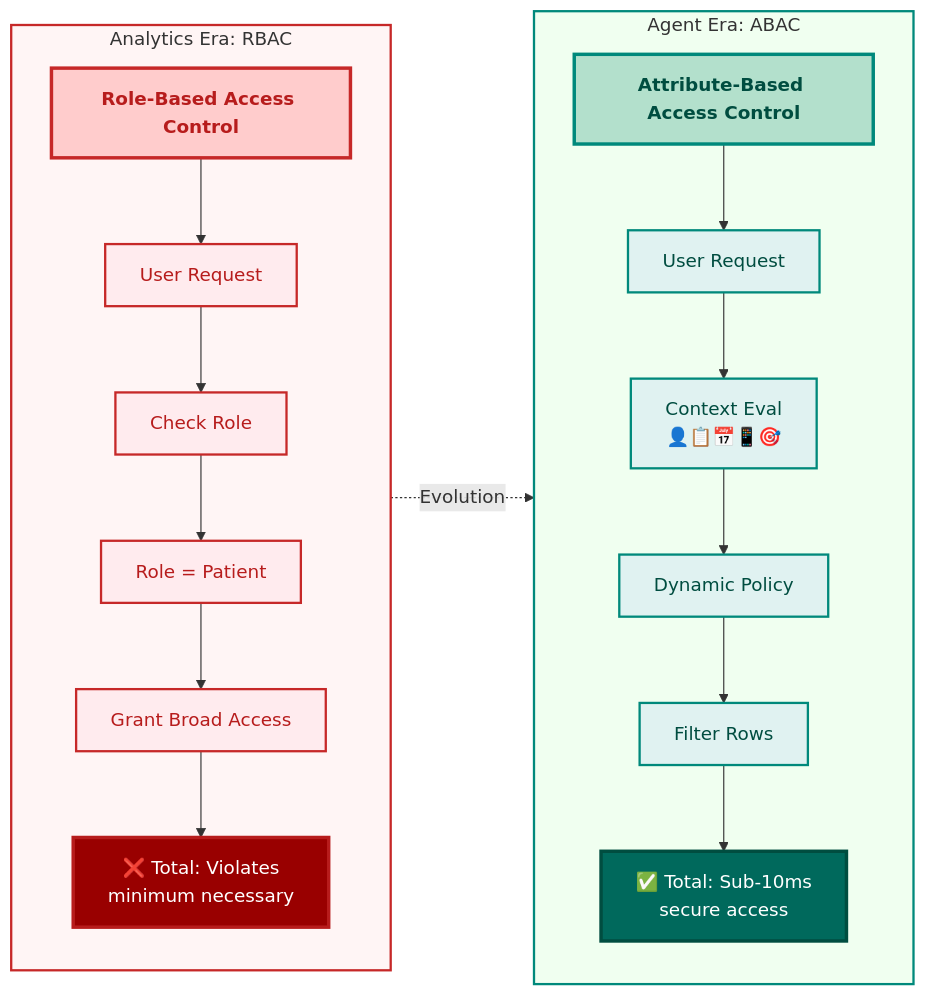
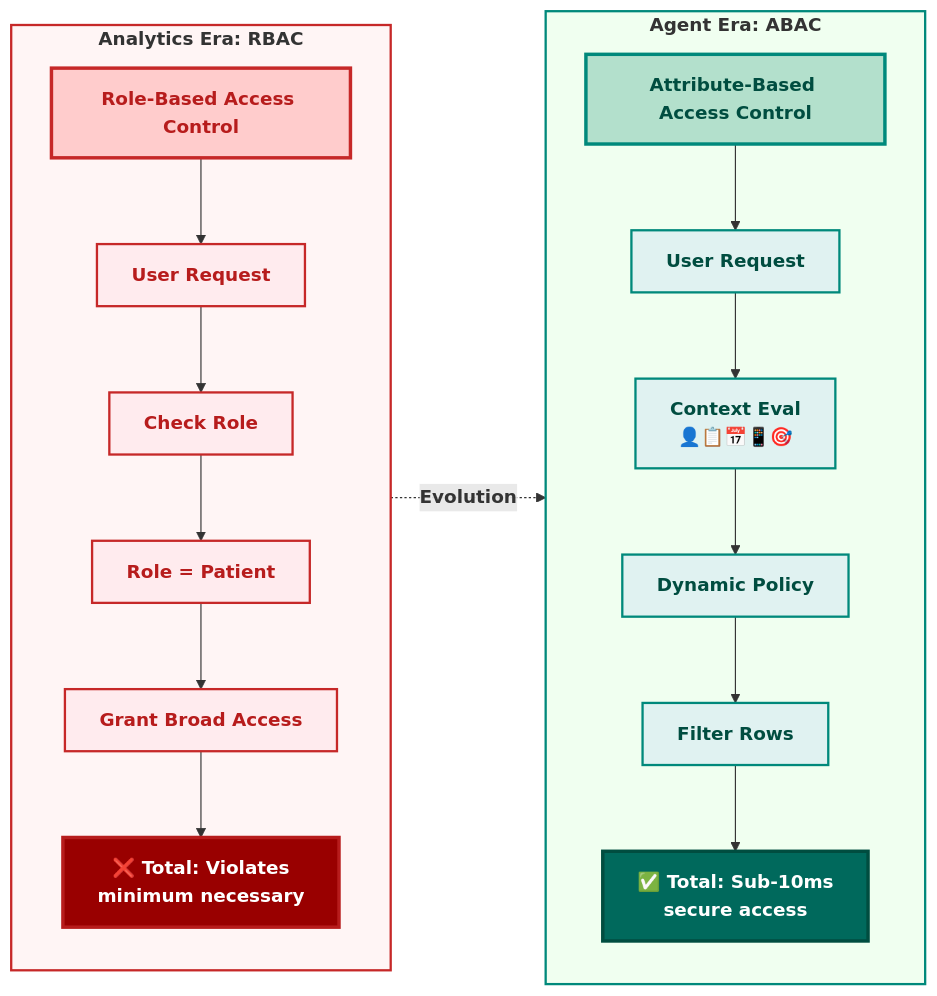
Before and after one commit to colaberry/enterprise-data-readiness-ai-agents: the third of 11 diagrams in chapter-02/chapter_2_complete.md, drawn with Mermaid. The commit also changed other lines of this file and 1 other file, not shown here.

````diff
--- a/chapter-02/chapter_2_complete.md
+++ b/chapter-02/chapter_2_complete.md
@@ -271,54 +256,54 @@
 ```mermaid
 graph LR
-    subgraph OLD["Analytics Era: RBAC"]
-        TITLE1["Role-Based Access Control"]
-        R1["User Request"]
-        R2["Check Role"]
-        R3["Role = Patient"]
-        R4["Grant Broad Access"]
-        R5["❌ Total: Violates
-        minimum necessary"]
+    subgraph OLD["<b>Analytics Era: RBAC</b>"]
+        TITLE1["<b>Role-Based Access Control</b>"]
+        R1["<b>User Request</b>"]
+        R2["<b>Check Role</b>"]
+        R3["<b>Role = Patient</b>"]
+        R4["<b>Grant Broad Access</b>"]
+        R5["<b>❌ Total: Violates
+        minimum necessary</b>"]
         
         TITLE1 --> R1
         R1 --> R2
         R2 --> R3
         R3 --> R4
         R4 --> R5
     end
     
-    OLD -.->|Evolution| NEW
+    OLD -.->|<b>Evolution</b>| NEW
     
-    subgraph NEW["Agent Era: ABAC"]
-        TITLE2["Attribute-Based Access Control"]
-        A1["User Request"]
-        A2["Context Eval
-        👤📋📅📱🎯"]
-        A3["Dynamic Policy"]
-        A4["Filter Rows"]
-        A5["✅ Total: Sub-10ms
-        secure access"]
+    subgraph NEW["<b>Agent Era: ABAC</b>"]
+        TITLE2["<b>Attribute-Based Access Control</b>"]
+        A1["<b>User Request</b>"]
+        A2["<b>Context Eval
+        👤📋📅📱🎯</b>"]
+        A3["<b>Dynamic Policy</b>"]
+        A4["<b>Filter Rows</b>"]
+        A5["<b>✅ Total: Sub-10ms
+        secure access</b>"]
         
         TITLE2 --> A1
         A1 --> A2
         A2 --> A3
         A3 --> A4
         A4 --> A5
     end
     
     style TITLE1 fill:#ffcccc,stroke:#c62828,stroke-width:3px,color:#b71c1c,font-weight:bold
     style R1 fill:#ffebee,stroke:#c62828,stroke-width:2px,color:#b71c1c
     style R2 fill:#ffebee,stroke:#c62828,stroke-width:2px,color:#b71c1c
     style R3 fill:#ffebee,stroke:#c62828,stroke-width:2px,color:#b71c1c
     style R4 fill:#ffebee,stroke:#c62828,stroke-width:2px,color:#b71c1c
     style R5 fill:#990000,color:#ffffff,stroke:#b71c1c,stroke-width:3px
     
     style TITLE2 fill:#b3e0cc,stroke:#00897b,stroke-width:3px,color:#004d40,font-weight:bold
     style A1 fill:#e0f2f1,stroke:#00897b,stroke-width:2px,color:#004d40
     style A2 fill:#e0f2f1,stroke:#00897b,stroke-width:2px,color:#004d40
     style A3 fill:#e0f2f1,stroke:#00897b,stroke-width:2px,color:#004d40
     style A4 fill:#e0f2f1,stroke:#00897b,stroke-width:2px,color:#004d40
     style A5 fill:#00695c,color:#ffffff,stroke:#004d40,stroke-width:3px
     
     style OLD fill:#fff5f5,stroke:#c62828,stroke-width:2px
     style NEW fill:#f0fff0,stroke:#00897b,stroke-width:2px
 ```
````
